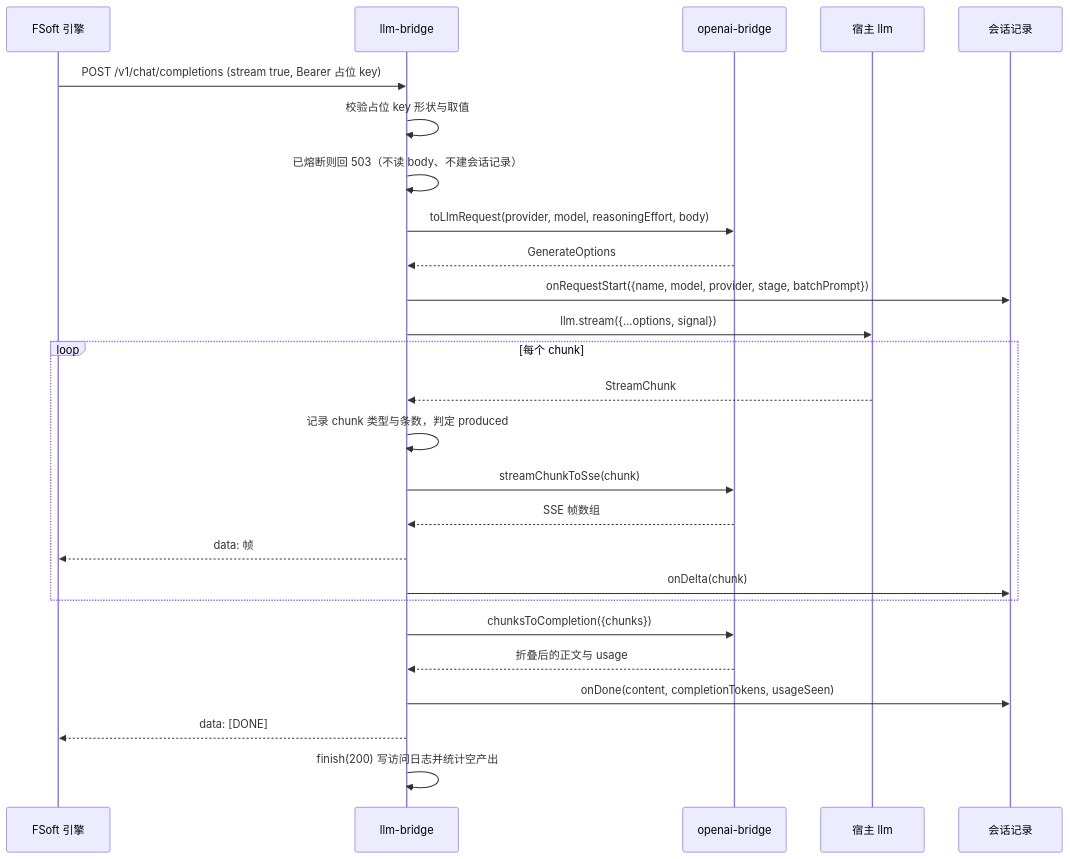
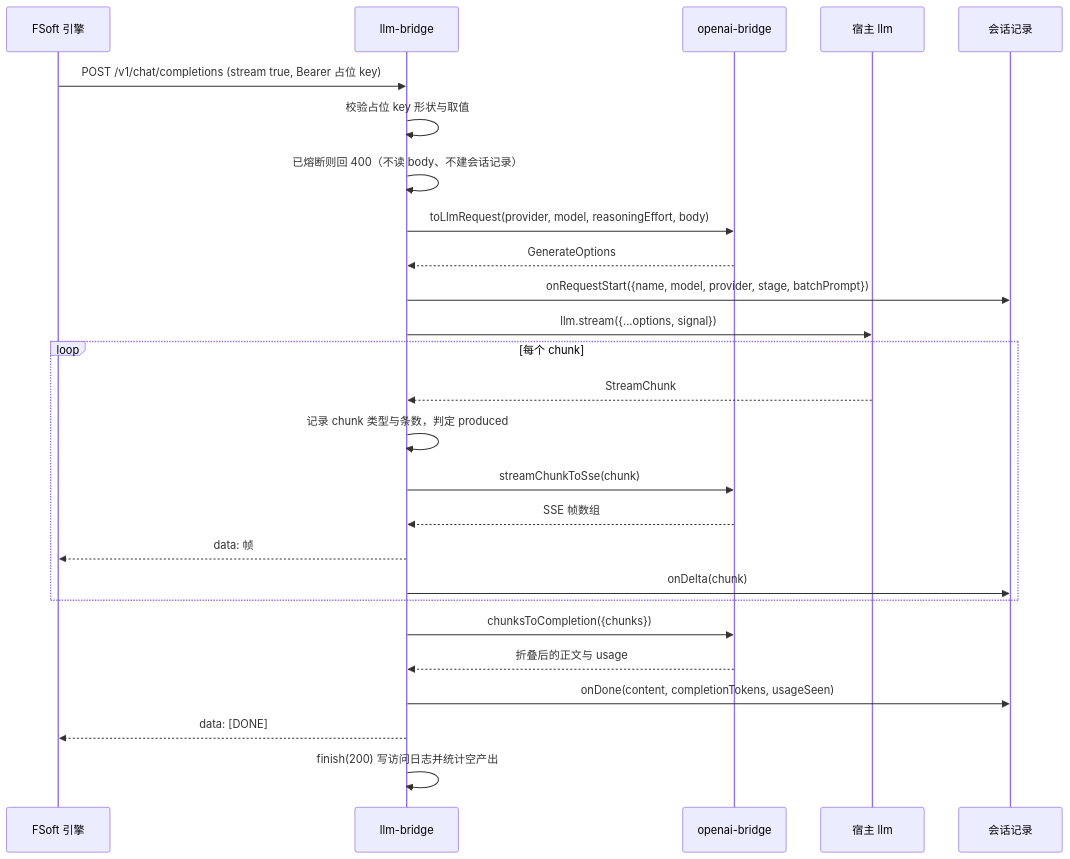
The third of 4 diagrams in .codewiki/_native-state/docs/Documentation_Generation_Engine/engine-core/engine-integrations.md (ikliml666/dsh-codewiki), drawn with Mermaid before and after one commit. The commit also changed other lines of this file and 40 other files, not shown here.

````diff
--- a/.codewiki/_native-state/docs/Documentation_Generation_Engine/engine-core/engine-integrations.md
+++ b/.codewiki/_native-state/docs/Documentation_Generation_Engine/engine-core/engine-integrations.md
@@ -168,28 +168,28 @@
 ```mermaid
 sequenceDiagram
     participant E as FSoft 引擎
     participant B as llm-bridge
     participant O as openai-bridge
     participant L as 宿主 llm
     participant S as 会话记录
     E->>B: POST /v1/chat/completions (stream true, Bearer 占位 key)
     B->>B: 校验占位 key 形状与取值
-    B->>B: 已熔断则回 503（不读 body、不建会话记录）
+    B->>B: 已熔断则回 400（不读 body、不建会话记录）
     B->>O: toLlmRequest(provider, model, reasoningEffort, body)
     O-->>B: GenerateOptions
     B->>S: onRequestStart({name, model, provider, stage, batchPrompt})
     B->>L: llm.stream({...options, signal})
     loop 每个 chunk
         L-->>B: StreamChunk
         B->>B: 记录 chunk 类型与条数，判定 produced
         B->>O: streamChunkToSse(chunk)
         O-->>B: SSE 帧数组
         B-->>E: data: 帧
         B->>S: onDelta(chunk)
     end
     B->>O: chunksToCompletion({chunks})
     O-->>B: 折叠后的正文与 usage
     B->>S: onDone(content, completionTokens, usageSeen)
     B-->>E: data: [DONE]
     B->>B: finish(200) 写访问日志并统计空产出
 ```
````
